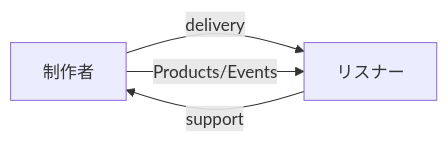
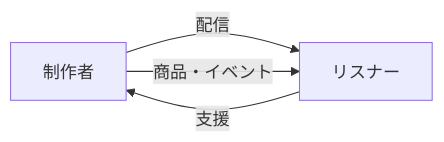
Before and after one commit to monumental-movement/monumental-movement.github.io: the first of 2 diagrams in en/_posts/2026-01-23-column-radio-podcast.md, drawn with Mermaid. The commit also changed other lines of this file and 775 other files, not shown here.

```diff
--- a/en/_posts/2026-01-23-column-radio-podcast.md
+++ b/en/_posts/2026-01-23-column-radio-podcast.md
@@ -181,6 +180,6 @@
 <div class="mermaid">
 flowchart LR
-    制作者 -->|delivery| リスナー
-    リスナー -->|support| 制作者
-    制作者 -->|Products/Events| リスナー
+    制作者 -->|配信| リスナー
+    リスナー -->|支援| 制作者
+    制作者 -->|商品・イベント| リスナー
 </div>
```
